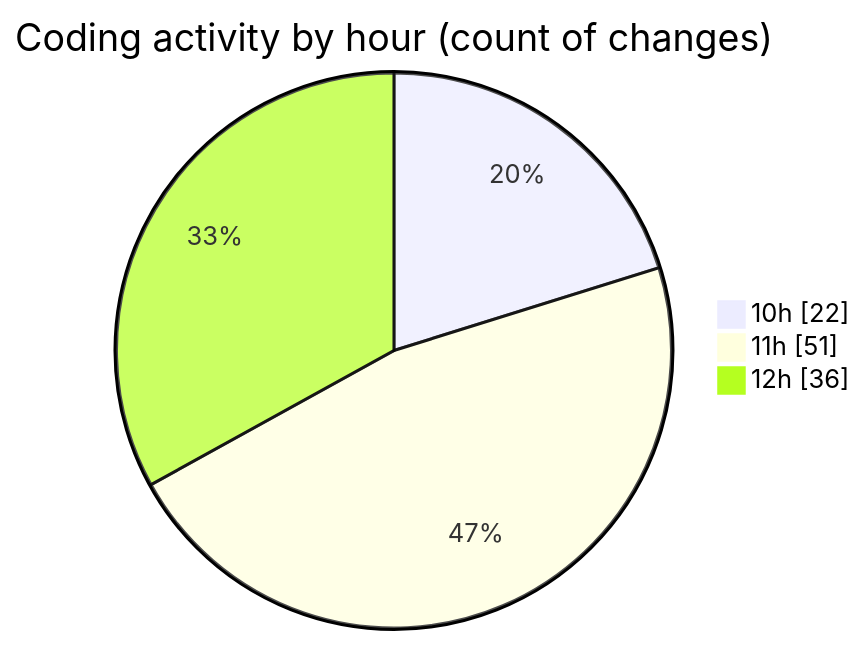
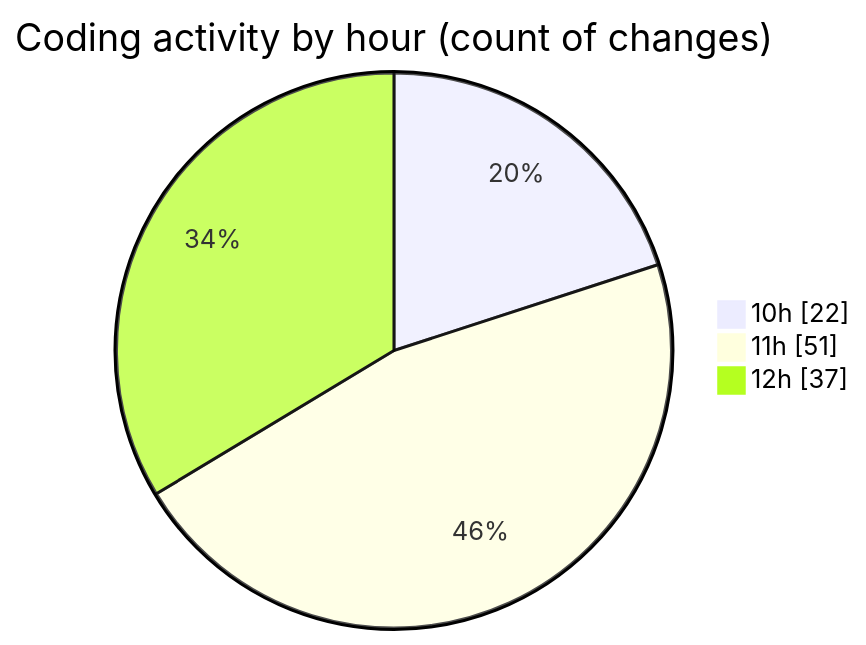
The second of 2 diagrams in 2025-04-29/cda/README.md (momahboobian/code-tracking), drawn with Mermaid before and after one commit. The commit also changed other lines of this file and 1 other file, not shown here.

````diff
--- a/2025-04-29/cda/README.md
+++ b/2025-04-29/cda/README.md
@@ -50,7 +50,7 @@
 ```mermaid
 pie showData
 title Coding activity by hour (count of changes)
 "10h" : 22
 "11h" : 51
-"12h" : 36
+"12h" : 37
 ```
````
